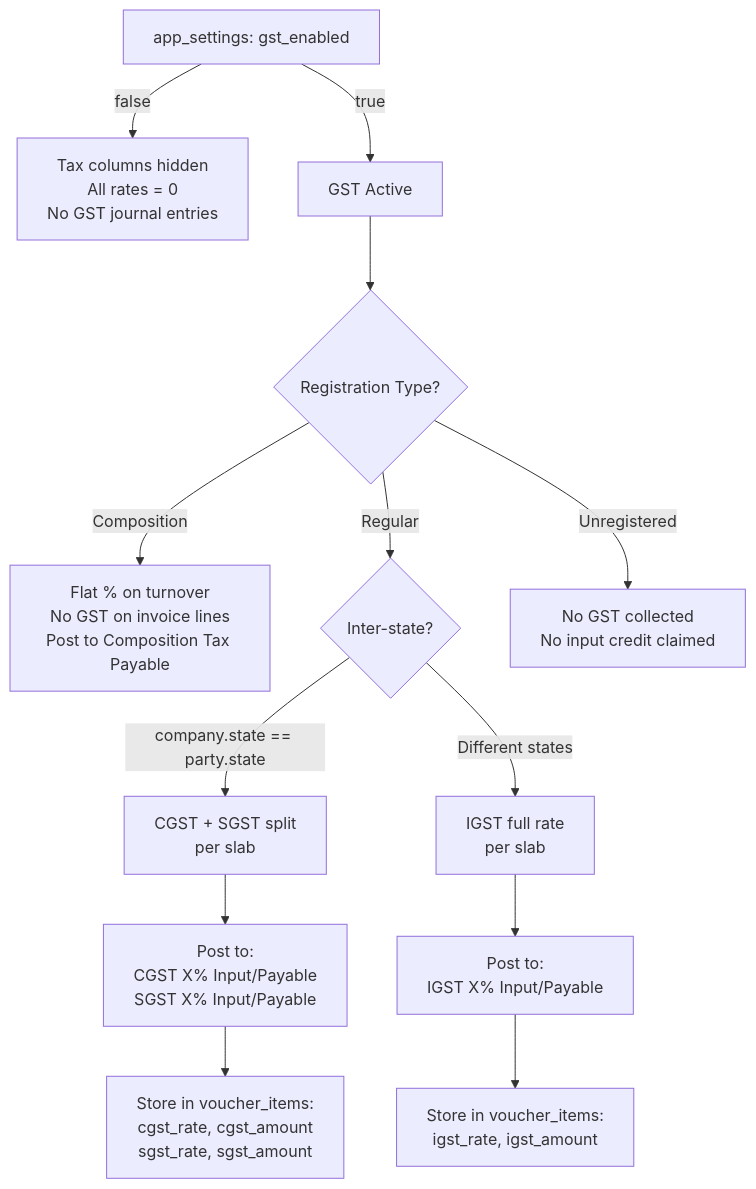
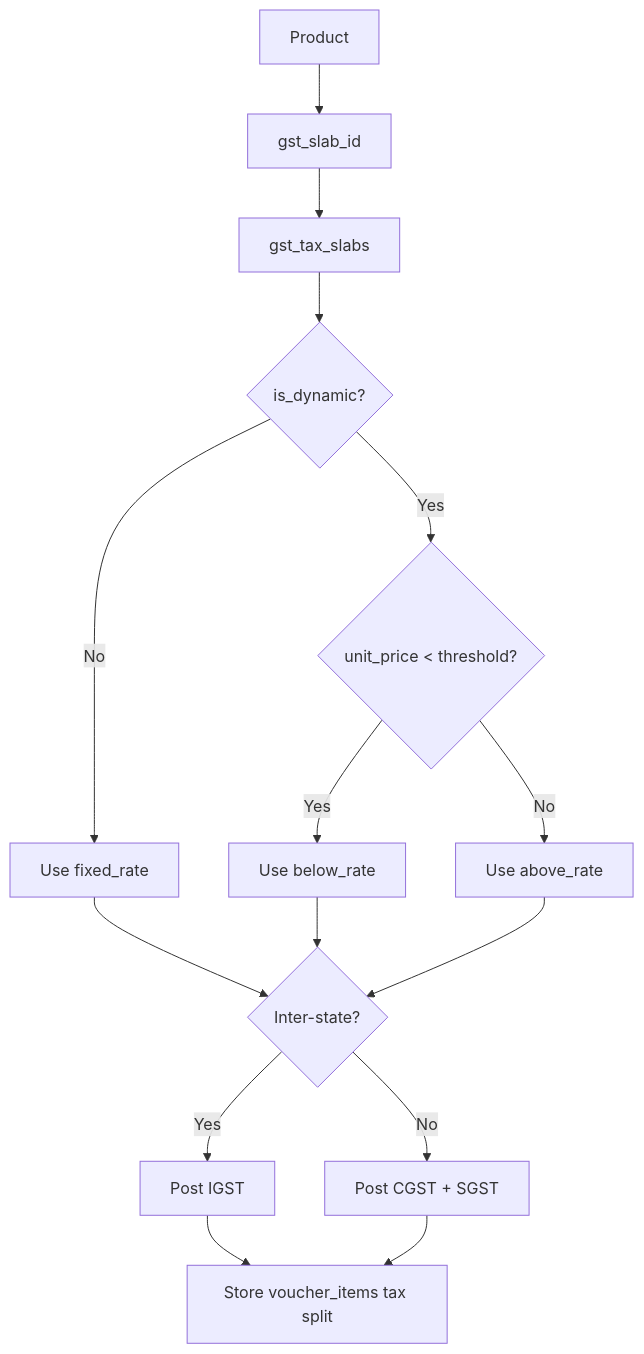
The diagram in implementation_plan_gst.md (munna98/Kola-biz), drawn with Mermaid before and after one commit. The commit also changed other lines of this file and 1 other file, not shown here.

Commit message:
modified tax implemenation plan

````diff
--- a/implementation_plan_gst.md
+++ b/implementation_plan_gst.md
@@ -375,19 +559,17 @@
 ```mermaid
 flowchart TD
-    A[app_settings: gst_enabled] -->|false| B[Tax columns hidden\nAll rates = 0\nNo GST journal entries]
-    A -->|true| C[GST Active]
-
-    C --> R{Registration Type?}
-    R -->|Composition| COMP[Flat % on turnover\nNo GST on invoice lines\nPost to Composition Tax Payable]
-    R -->|Regular| D{Inter-state?}
-    R -->|Unregistered| UN[No GST collected\nNo input credit claimed]
-
-    D -->|company.state == party.state| E[CGST + SGST split\nper slab]
-    D -->|Different states| F[IGST full rate\nper slab]
-
-    E --> G[Post to:\nCGST X% Input/Payable\nSGST X% Input/Payable]
-    F --> H[Post to:\nIGST X% Input/Payable]
-
-    G --> I[Store in voucher_items:\ncgst_rate, cgst_amount\nsgst_rate, sgst_amount]
-    H --> J[Store in voucher_items:\nigst_rate, igst_amount]
+    A["Product"] --> B["gst_slab_id"]
+    B --> C["gst_tax_slabs"]
+    C --> D{"is_dynamic?"}
+    D -->|No| E["Use fixed_rate"]
+    D -->|Yes| F{"unit_price < threshold?"}
+    F -->|Yes| G["Use below_rate"]
+    F -->|No| H["Use above_rate"]
+    E --> I{"Inter-state?"}
+    G --> I
+    H --> I
+    I -->|Yes| J["Post IGST"]
+    I -->|No| K["Post CGST + SGST"]
+    J --> L["Store voucher_items tax split"]
+    K --> L
 ```
````
